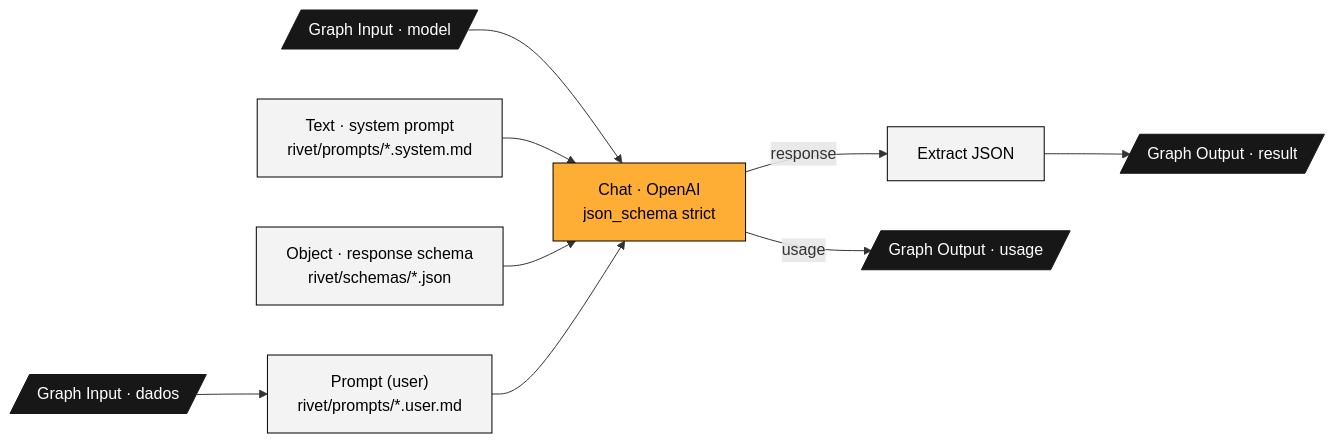
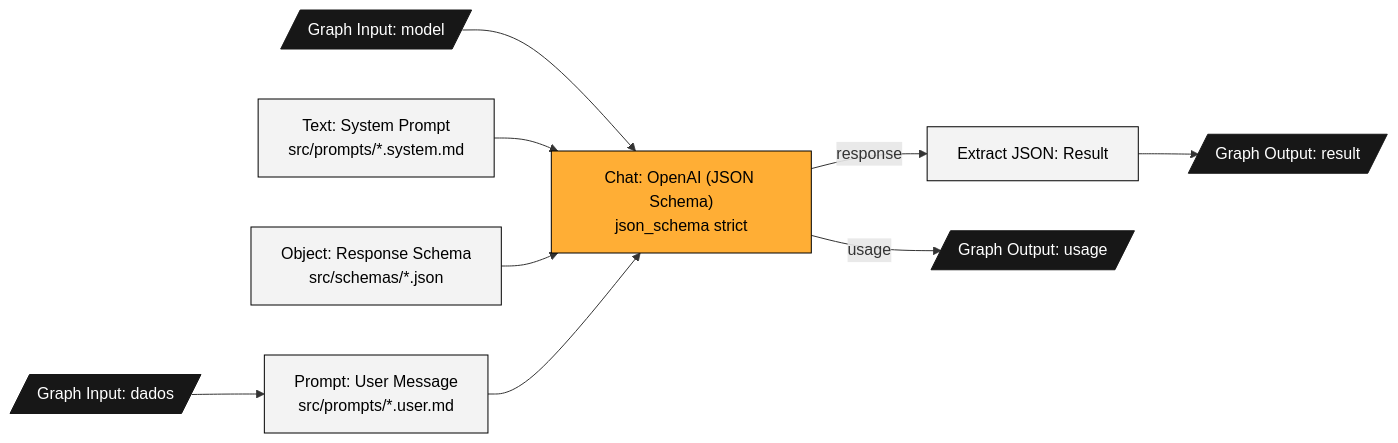
Before and after one commit to eu-adrianocarvalho/enter-challenge: the fourth of 4 diagrams in docs/04_arquitetura_e_codigo.md, drawn with Mermaid. The commit also changed other lines of this file and 73 other files, not shown here.

````diff
--- a/docs/04_arquitetura_e_codigo.md
+++ b/docs/04_arquitetura_e_codigo.md
@@ -143,16 +147,16 @@
 ```mermaid
 flowchart LR
-  I1[/"Graph Input · dados"/] --> P["Prompt (user)<br/>rivet/prompts/*.user.md"]
-  I2[/"Graph Input · model"/] --> C
-  S["Text · system prompt<br/>rivet/prompts/*.system.md"] --> C["Chat · OpenAI<br/>json_schema strict"]
-  O["Object · response schema<br/>rivet/schemas/*.json"] --> C
+  I1[/"Graph Input: dados"/] --> P["Prompt: User Message<br/>src/prompts/*.user.md"]
+  I2[/"Graph Input: model"/] --> C
+  S["Text: System Prompt<br/>src/prompts/*.system.md"] --> C["Chat: OpenAI (JSON Schema)<br/>json_schema strict"]
+  O["Object: Response Schema<br/>src/schemas/*.json"] --> C
   P --> C
-  C -- response --> E["Extract JSON"] --> R[/"Graph Output · result"/]
-  C -- usage --> U[/"Graph Output · usage"/]
+  C -- response --> E["Extract JSON: Result"] --> R[/"Graph Output: result"/]
+  C -- usage --> U[/"Graph Output: usage"/]
   classDef rivet fill:#ffae35,stroke:#000,color:#000
   classDef code fill:#f3f3f3,stroke:#000,color:#000
   classDef io fill:#171717,stroke:#171717,color:#fff
   class C rivet
   class P,S,O,E code
   class I1,I2,R,U io
 ```
````
